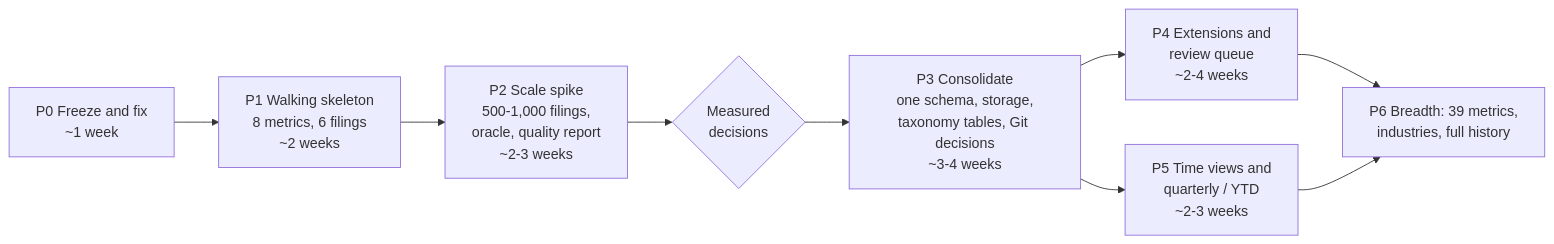
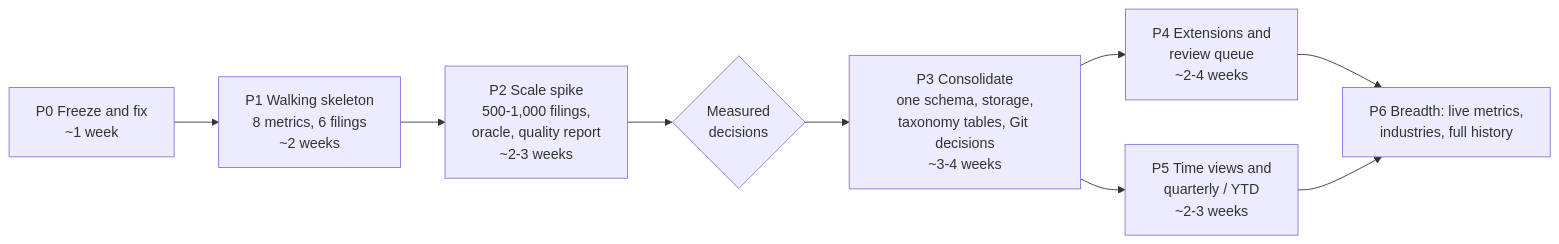
The diagram in docs/assessment-2026-09/08-migration-plan-assessment.md (HagbardCel/edgar), drawn with Mermaid before and after one commit. The commit also changed other lines of this file and 13 other files, not shown here.

````diff
--- a/docs/assessment-2026-09/08-migration-plan-assessment.md
+++ b/docs/assessment-2026-09/08-migration-plan-assessment.md
@@ -96,11 +96,11 @@
 ```mermaid
 flowchart LR
   P0[P0 Freeze and fix<br/>~1 week] --> P1[P1 Walking skeleton<br/>8 metrics, 6 filings<br/>~2 weeks]
   P1 --> P2[P2 Scale spike<br/>500-1,000 filings,<br/>oracle, quality report<br/>~2-3 weeks]
   P2 --> D{Measured<br/>decisions}
   D --> P3[P3 Consolidate<br/>one schema, storage,<br/>taxonomy tables, Git decisions<br/>~3-4 weeks]
   P3 --> P4[P4 Extensions and<br/>review queue<br/>~2-4 weeks]
   P3 --> P5[P5 Time views and<br/>quarterly / YTD<br/>~2-3 weeks]
-  P4 --> P6[P6 Breadth: 39 metrics,<br/>industries, full history]
+  P4 --> P6[P6 Breadth: live metrics,<br/>industries, full history]
   P5 --> P6
 ```
````
